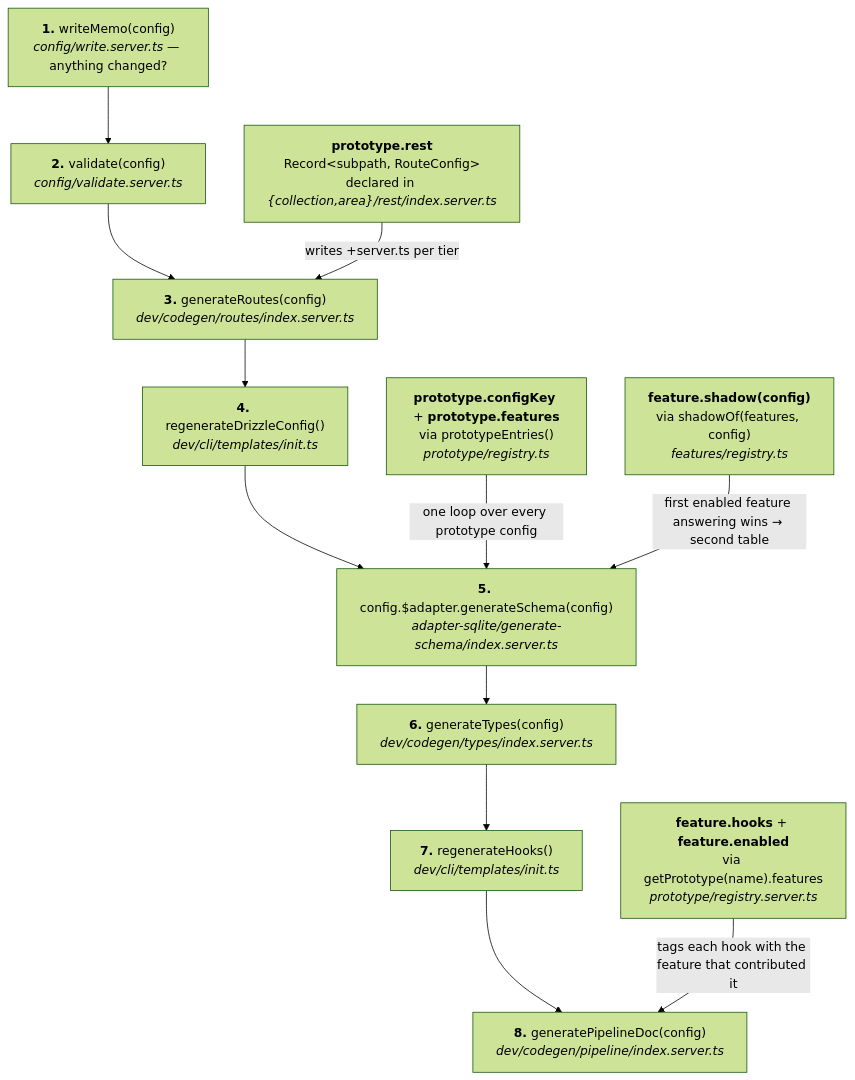
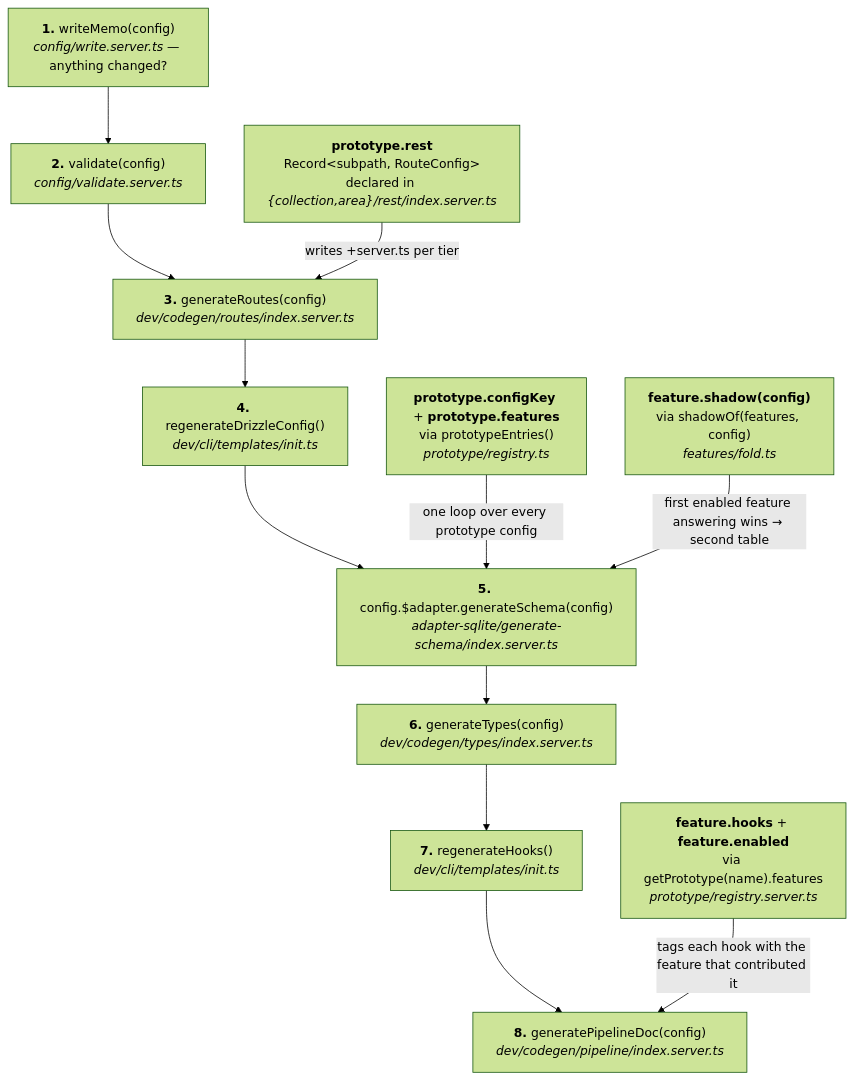
Before and after one commit to bienbiendev/rime: the second of 4 diagrams in docs/architecture-target.md, drawn with Mermaid (forest theme). The commit also changed other lines of this file and 38 other files, not shown here.

````diff
--- a/docs/architecture-target.md
+++ b/docs/architecture-target.md
@@ -124,23 +124,23 @@
 ```mermaid
 flowchart TB
     S1["<b>1.</b> writeMemo(config)<br/><i>config/write.server.ts</i> — anything changed?"]
     S2["<b>2.</b> validate(config)<br/><i>config/validate.server.ts</i>"]
     S3["<b>3.</b> generateRoutes(config)<br/><i>dev/codegen/routes/index.server.ts</i>"]
     S4["<b>4.</b> regenerateDrizzleConfig()<br/><i>dev/cli/templates/init.ts</i>"]
     S5["<b>5.</b> config.$adapter.generateSchema(config)<br/><i>adapter-sqlite/generate-schema/index.server.ts</i>"]
     S6["<b>6.</b> generateTypes(config)<br/><i>dev/codegen/types/index.server.ts</i>"]
     S7["<b>7.</b> regenerateHooks()<br/><i>dev/cli/templates/init.ts</i>"]
     S8["<b>8.</b> generatePipelineDoc(config)<br/><i>dev/codegen/pipeline/index.server.ts</i>"]
 
     S1 --> S2 --> S3 --> S4 --> S5 --> S6 --> S7 --> S8
 
     P1["<b>prototype.rest</b><br/>Record&lt;subpath, RouteConfig&gt;<br/>declared in <i>{collection,area}/rest/index.server.ts</i>"]
     P2["<b>prototype.configKey</b> + <b>prototype.features</b><br/>via prototypeEntries()<br/><i>prototype/registry.ts</i>"]
-    F1["<b>feature.shadow(config)</b><br/>via shadowOf(features, config)<br/><i>features/registry.ts</i>"]
+    F1["<b>feature.shadow(config)</b><br/>via shadowOf(features, config)<br/><i>features/fold.ts</i>"]
     F2["<b>feature.hooks</b> + <b>feature.enabled</b><br/>via getPrototype(name).features<br/><i>prototype/registry.server.ts</i>"]
 
     P1 -->|"writes +server.ts per tier"| S3
     P2 -->|"one loop over every prototype config"| S5
     F1 -->|"first enabled feature answering wins → second table"| S5
     F2 -->|"tags each hook with the feature that contributed it"| S8
 ```
````
